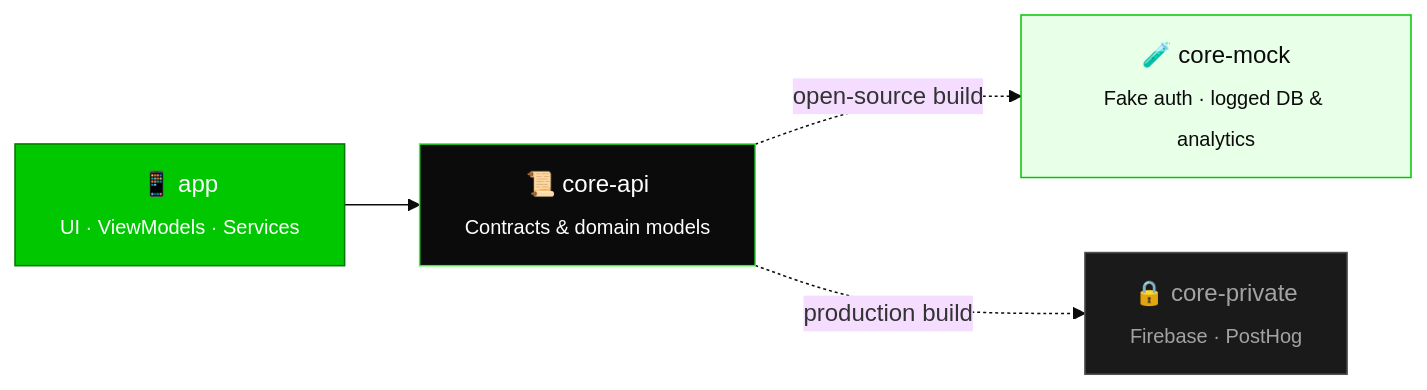
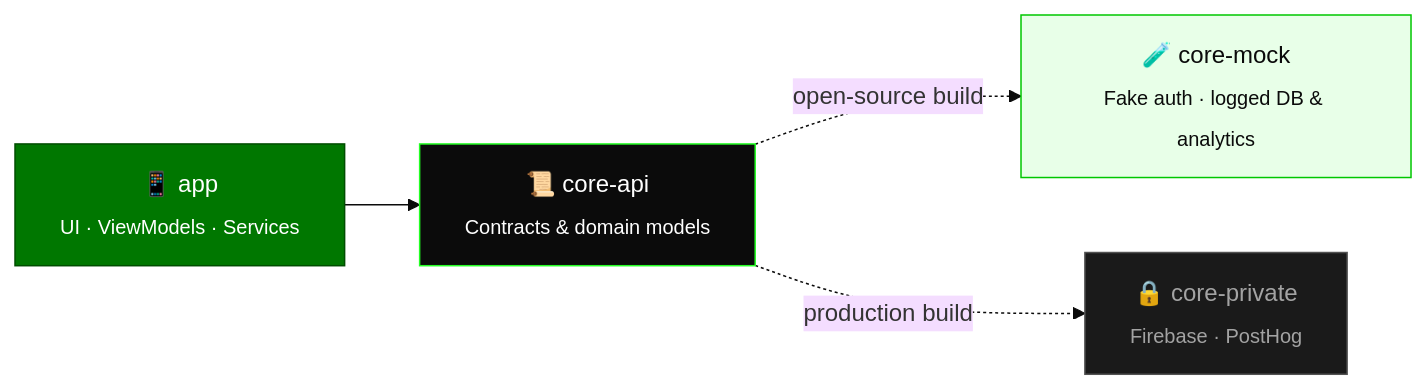
Before and after one commit to ThammanaSrinivas/zenmode: the diagram in README.md, drawn with Mermaid (base theme). The commit also changed other lines of this file, not shown here.

````diff
--- a/README.md
+++ b/README.md
@@ -176,11 +174,11 @@
 ```mermaid
 flowchart LR
     APP["📱 app<br/><sub>UI · ViewModels · Services</sub>"] --> API["📜 core-api<br/><sub>Contracts & domain models</sub>"]
     API -. "open-source build" .-> MOCK["🧪 core-mock<br/><sub>Fake auth · logged DB & analytics</sub>"]
     API -. "production build" .-> PRIV["🔒 core-private<br/><sub>Firebase · PostHog</sub>"]
 
-    style APP fill:#00C700,stroke:#007700,color:#fff
+    style APP fill:#007700,stroke:#004D00,color:#fff
     style API fill:#0B0B0B,stroke:#24FF24,color:#fff
     style MOCK fill:#E8FFE8,stroke:#00C700,color:#0B0B0B
     style PRIV fill:#1A1A1A,stroke:#525252,color:#A3A3A3
 ```
````
